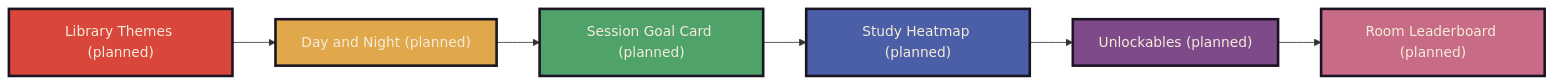
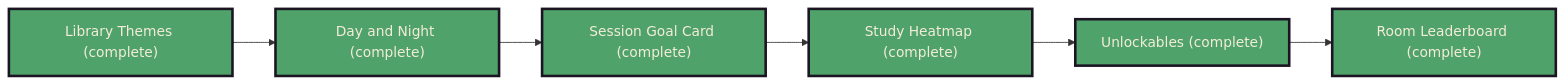
One commit to AdityaSurse/pixel-library changed the seventh of 13 diagrams in README.md. Above: the diagram before and after it, drawn with Mermaid. The commit also changed other lines of this file and 7 other files, not shown here.

Commit message:
Feature: weekly room leaderboard, README update for Feature Pack 2

````diff
--- a/README.md
+++ b/README.md
@@ -347,16 +347,16 @@
 ```mermaid
 flowchart LR
     classDef red fill:#d9463b,stroke:#1b1423,stroke-width:3px,color:#f4ecd8;
     classDef mustard fill:#e0a84a,stroke:#1b1423,stroke-width:3px,color:#f4ecd8;
     classDef green fill:#4fa36a,stroke:#1b1423,stroke-width:3px,color:#f4ecd8;
     classDef blue fill:#4a5fa8,stroke:#1b1423,stroke-width:3px,color:#f4ecd8;
     classDef purple fill:#7e4a8a,stroke:#1b1423,stroke-width:3px,color:#f4ecd8;
     classDef teal fill:#3f7d6e,stroke:#1b1423,stroke-width:3px,color:#f4ecd8;
     classDef pink fill:#c86b86,stroke:#1b1423,stroke-width:3px,color:#f4ecd8;
 
-    F1["Library Themes (planned)"]:::red --> F2["Day and Night (planned)"]:::mustard
-    F2 --> F3["Session Goal Card (planned)"]:::green
-    F3 --> F4["Study Heatmap (planned)"]:::blue
-    F4 --> F5["Unlockables (planned)"]:::purple
-    F5 --> F6["Room Leaderboard (planned)"]:::pink
+    F1["Library Themes (complete)"]:::green --> F2["Day and Night (complete)"]:::green
+    F2 --> F3["Session Goal Card (complete)"]:::green
+    F3 --> F4["Study Heatmap (complete)"]:::green
+    F4 --> F5["Unlockables (complete)"]:::green
+    F5 --> F6["Room Leaderboard (complete)"]:::green
 ```
````
